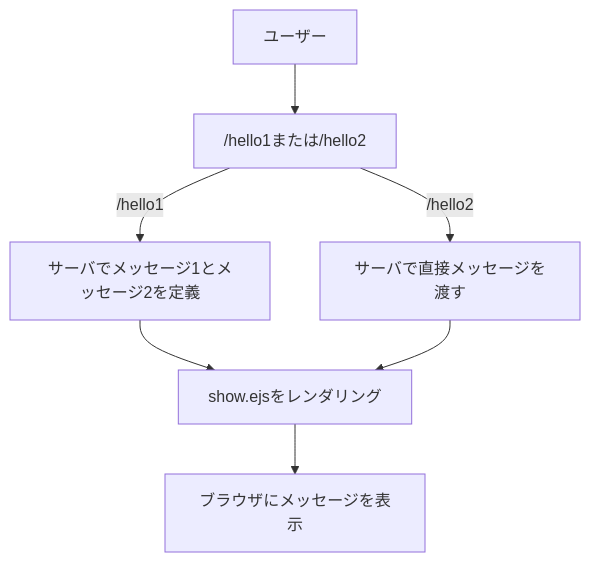
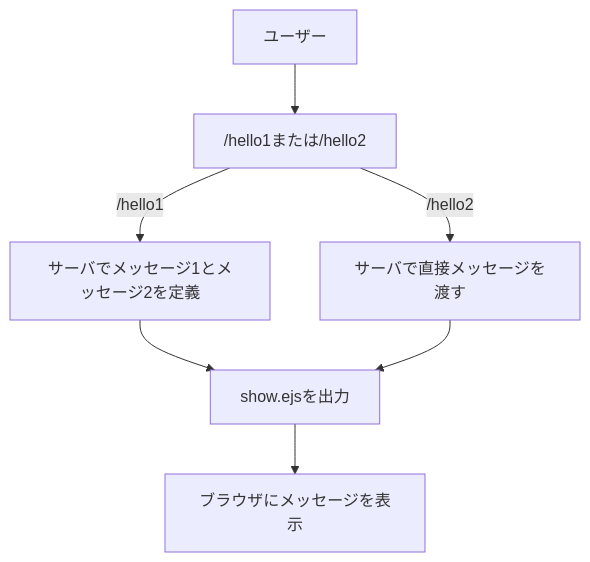
The first of 6 diagrams in README.md (OzekiSouichirou/webpro_06), drawn with Mermaid before and after one commit. The commit also changed other lines of this file and 1 other file, not shown here.

````diff
--- a/README.md
+++ b/README.md
@@ -63,9 +63,9 @@
 ```mermaid
 flowchart TD;
 ユーザー --> /hello1または/hello2;
 /hello1または/hello2 -->|/hello1| サーバでメッセージ1とメッセージ2を定義;
 /hello1または/hello2 -->|/hello2| サーバで直接メッセージを渡す;
-サーバでメッセージ1とメッセージ2を定義 --> show.ejsをレンダリング;
-サーバで直接メッセージを渡す --> show.ejsをレンダリング;
-show.ejsをレンダリング --> ブラウザにメッセージを表示;
+サーバでメッセージ1とメッセージ2を定義 --> show.ejsを出力;
+サーバで直接メッセージを渡す --> show.ejsを出力;
+show.ejsを出力 --> ブラウザにメッセージを表示;
 ```
````
